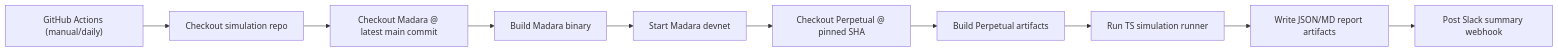
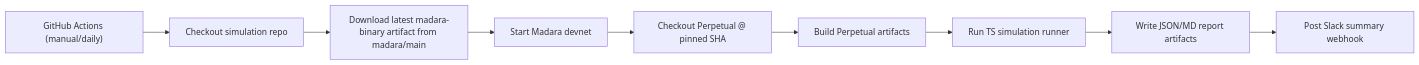
The diagram in README.md (Mohiiit/madara-perpetual-simulation), drawn with Mermaid before and after one commit. The commit also changed other lines of this file and 3 other files, not shown here.

Commit message:
fix(ci): require madara artifact in simulation workflow

````diff
--- a/README.md
+++ b/README.md
@@ -15,12 +15,11 @@
 ```mermaid
 flowchart LR
 A["GitHub Actions (manual/daily)"] --> B["Checkout simulation repo"]
-B --> C["Checkout Madara @ latest main commit"]
-C --> D["Build Madara binary"]
-D --> E["Start Madara devnet"]
-E --> F["Checkout Perpetual @ pinned SHA"]
-F --> G["Build Perpetual artifacts"]
-G --> H["Run TS simulation runner"]
-H --> I["Write JSON/MD report artifacts"]
-I --> J["Post Slack summary webhook"]
+B --> C["Download latest madara-binary artifact from madara/main"]
+C --> D["Start Madara devnet"]
+D --> E["Checkout Perpetual @ pinned SHA"]
+E --> F["Build Perpetual artifacts"]
+F --> G["Run TS simulation runner"]
+G --> H["Write JSON/MD report artifacts"]
+H --> I["Post Slack summary webhook"]
 ```
````
